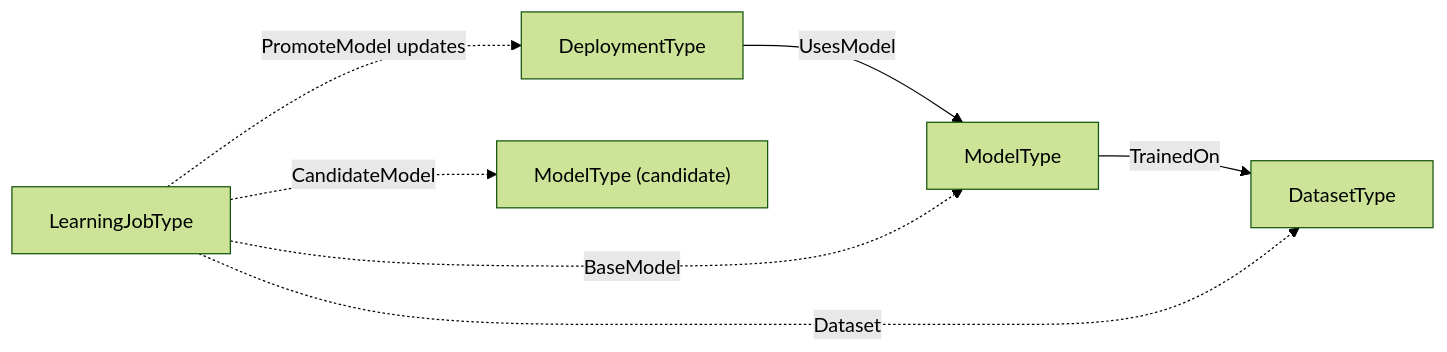
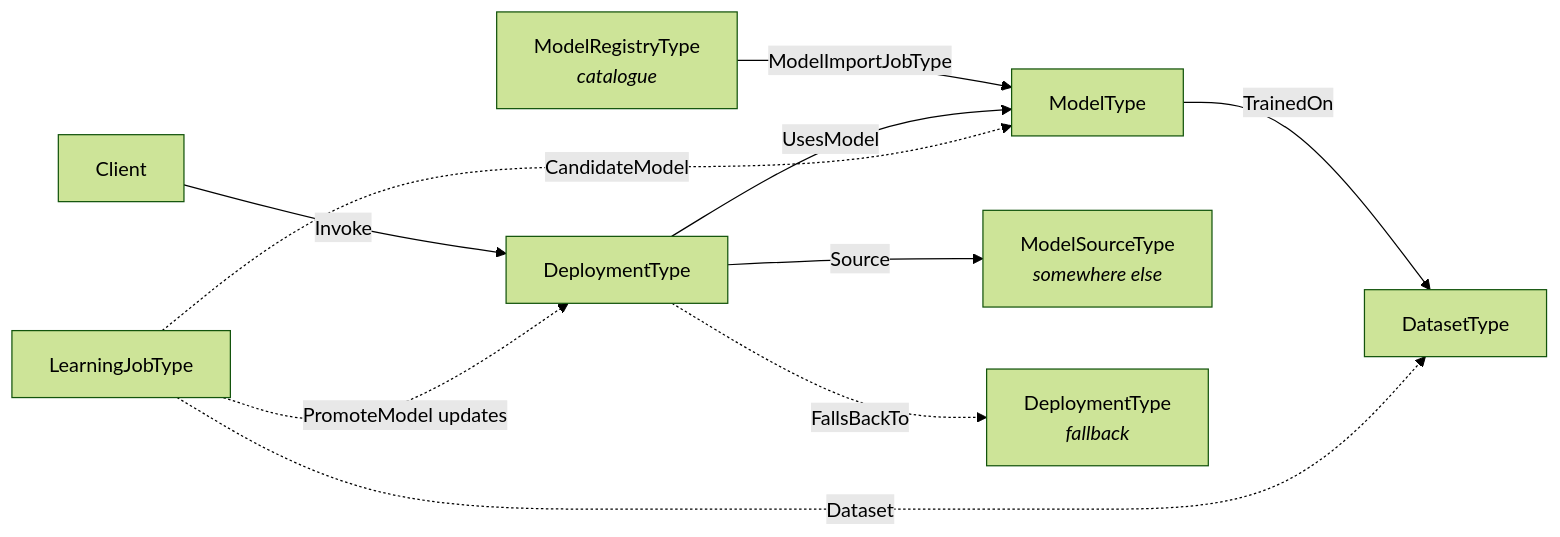
Before and after one commit to marcschier/opcua-drafts: the first of 2 diagrams in metaverse-specs/ai-deployment/OPC-UA-AI-Deployment.md, drawn with Mermaid (forest theme). The commit also changed other lines of this file and 9 other files, not shown here.

````diff
--- a/metaverse-specs/ai-deployment/OPC-UA-AI-Deployment.md
+++ b/metaverse-specs/ai-deployment/OPC-UA-AI-Deployment.md
@@ -74,9 +86,12 @@
 ```mermaid
 flowchart LR
+    CAT["ModelRegistryType<br/><i>catalogue</i>"] -->|ModelImportJobType| M
     M["ModelType"] -->|TrainedOn| D["DatasetType"]
     P["DeploymentType"] -->|UsesModel| M
-    J["LearningJobType"] -.->|BaseModel| M
-    J -.->|CandidateModel| M2["ModelType (candidate)"]
+    P -->|Source| S["ModelSourceType<br/><i>somewhere else</i>"]
+    P -.->|FallsBackTo| P2["DeploymentType<br/><i>fallback</i>"]
+    C["Client"] -->|Invoke| P
+    J["LearningJobType"] -.->|CandidateModel| M
     J -.->|Dataset| D
     J -.->|PromoteModel updates| P
 ```
````
